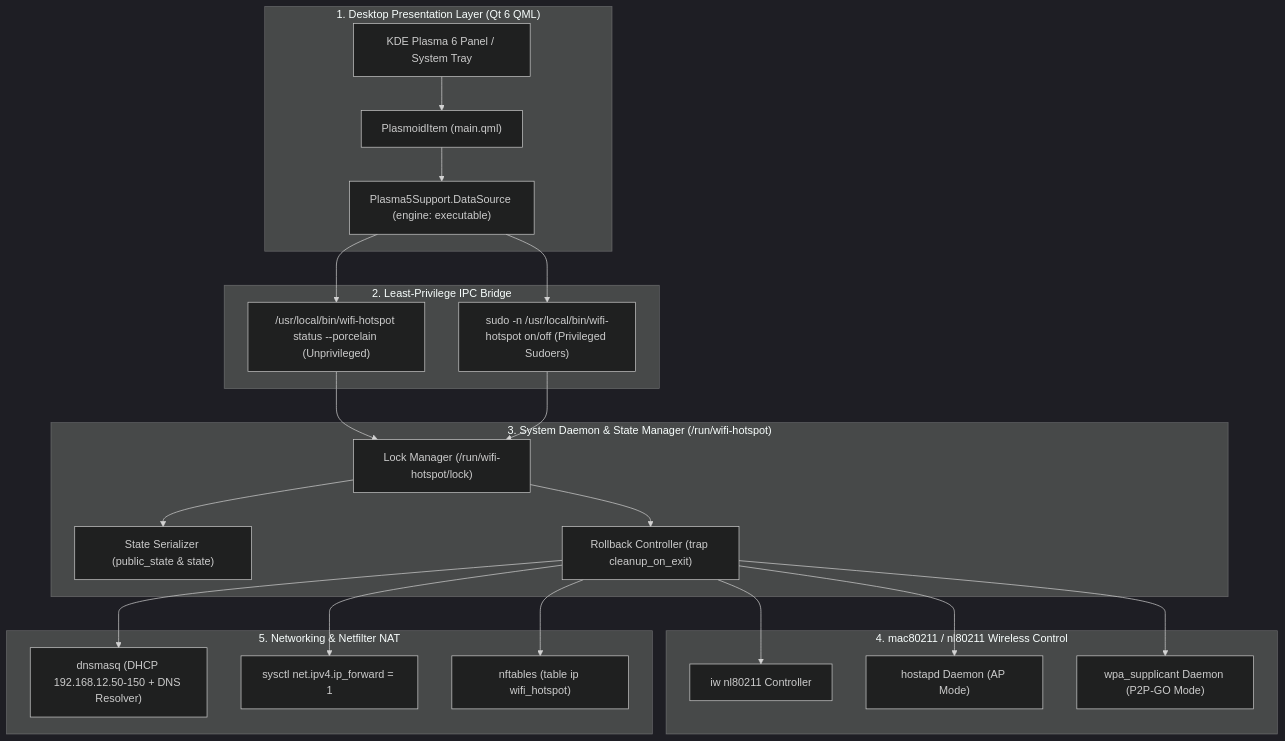
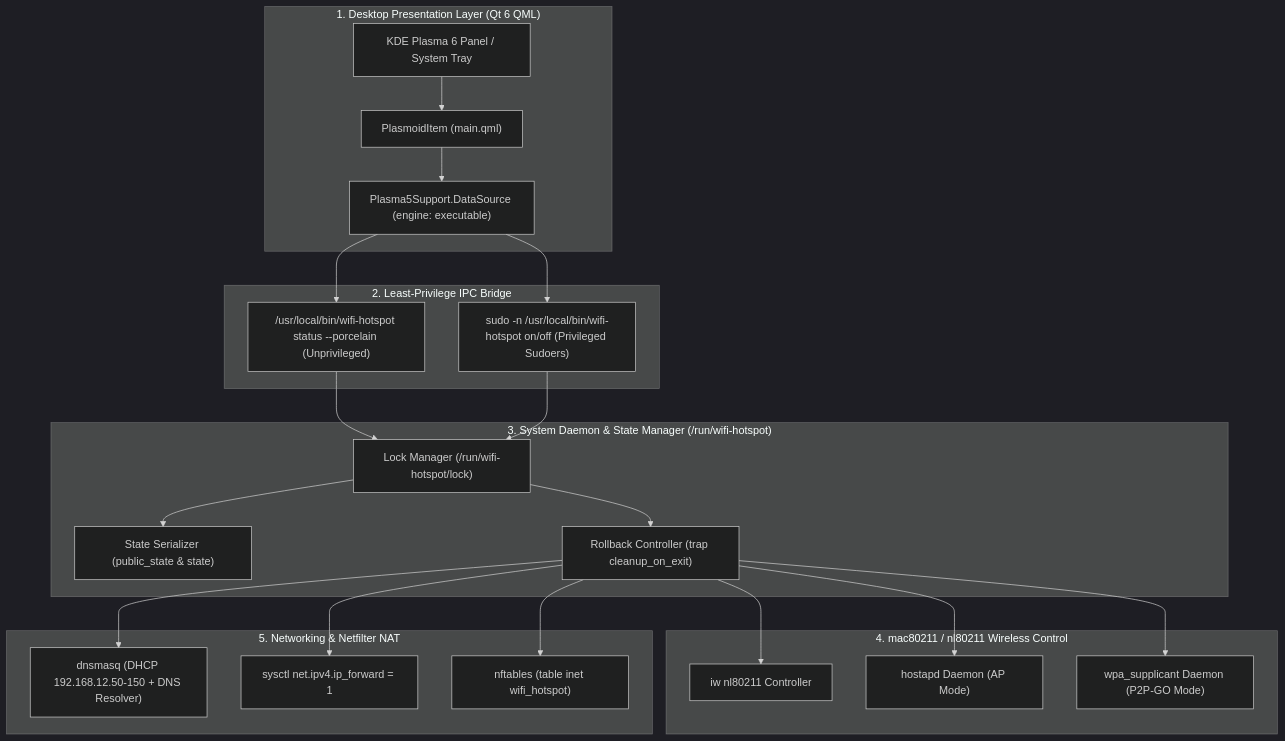
One commit to bowo-ltd/plasma-concurrent-wifi-hotspot changed the first of 2 diagrams in docs/ARCHITECTURE.md. Above: the diagram before and after it, drawn with Mermaid (dark theme). The commit also changed other lines of this file and 5 other files, not shown here.

First line of the commit message:
📝 docs(s2p): align nftables inet schema & Plasma 6 reload workflow

````diff
--- a/docs/ARCHITECTURE.md
+++ b/docs/ARCHITECTURE.md
@@ -7,44 +7,44 @@
 ```mermaid
 graph TD
     subgraph UI_Tier["1. Desktop Presentation Layer (Qt 6 QML)"]
         A["KDE Plasma 6 Panel / System Tray"]
         B["PlasmoidItem (main.qml)"]
         C["Plasma5Support.DataSource (engine: executable)"]
         A --> B --> C
     end
 
     subgraph IPC_Tier["2. Least-Privilege IPC Bridge"]
         D["/usr/local/bin/wifi-hotspot status --porcelain (Unprivileged)"]
         E["sudo -n /usr/local/bin/wifi-hotspot on/off (Privileged Sudoers)"]
         C --> D
         C --> E
     end
 
     subgraph Daemon_Tier["3. System Daemon & State Manager (/run/wifi-hotspot)"]
         F["Lock Manager (/run/wifi-hotspot/lock)"]
         G["State Serializer (public_state & state)"]
         H["Rollback Controller (trap cleanup_on_exit)"]
         D --> F
         E --> F
         F --> G
         F --> H
     end
 
     subgraph Wireless_Tier["4. mac80211 / nl80211 Wireless Control"]
         I["iw nl80211 Controller"]
         J["hostapd Daemon (AP Mode)"]
         K["wpa_supplicant Daemon (P2P-GO Mode)"]
         H --> I
         H --> J
         H --> K
     end
 
     subgraph Network_Tier["5. Networking & Netfilter NAT"]
         L["dnsmasq (DHCP 192.168.12.50-150 + DNS Resolver)"]
         M["sysctl net.ipv4.ip_forward = 1"]
-        N["nftables (table ip wifi_hotspot)"]
+        N["nftables (table inet wifi_hotspot)"]
         H --> L
         H --> M
         H --> N
     end
 ```
````
